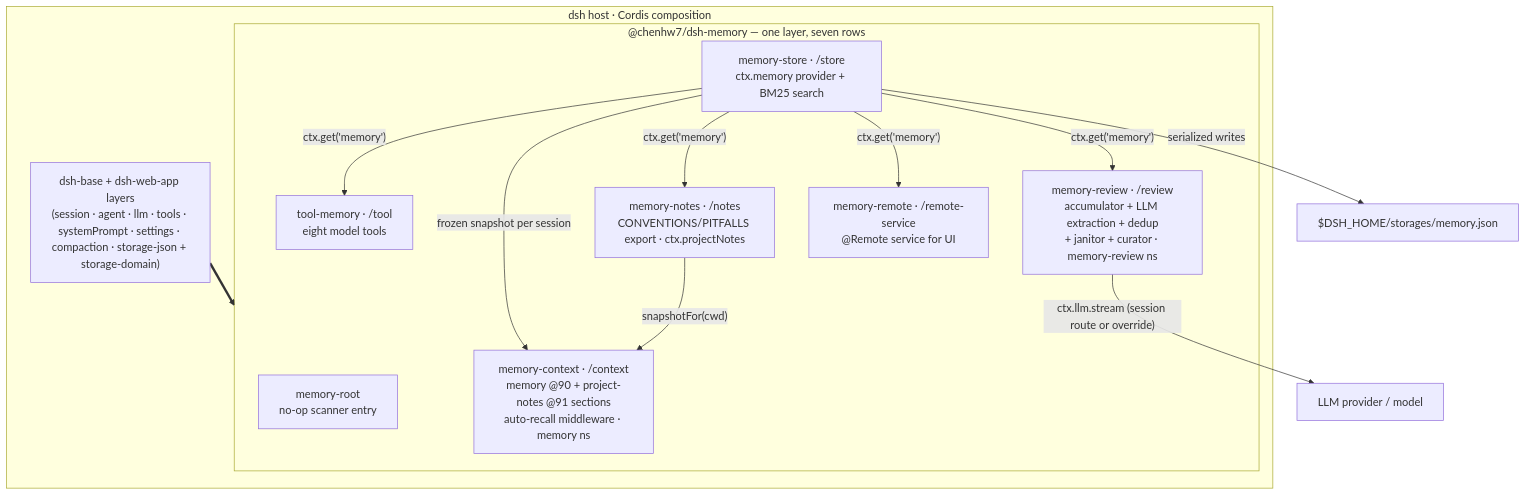
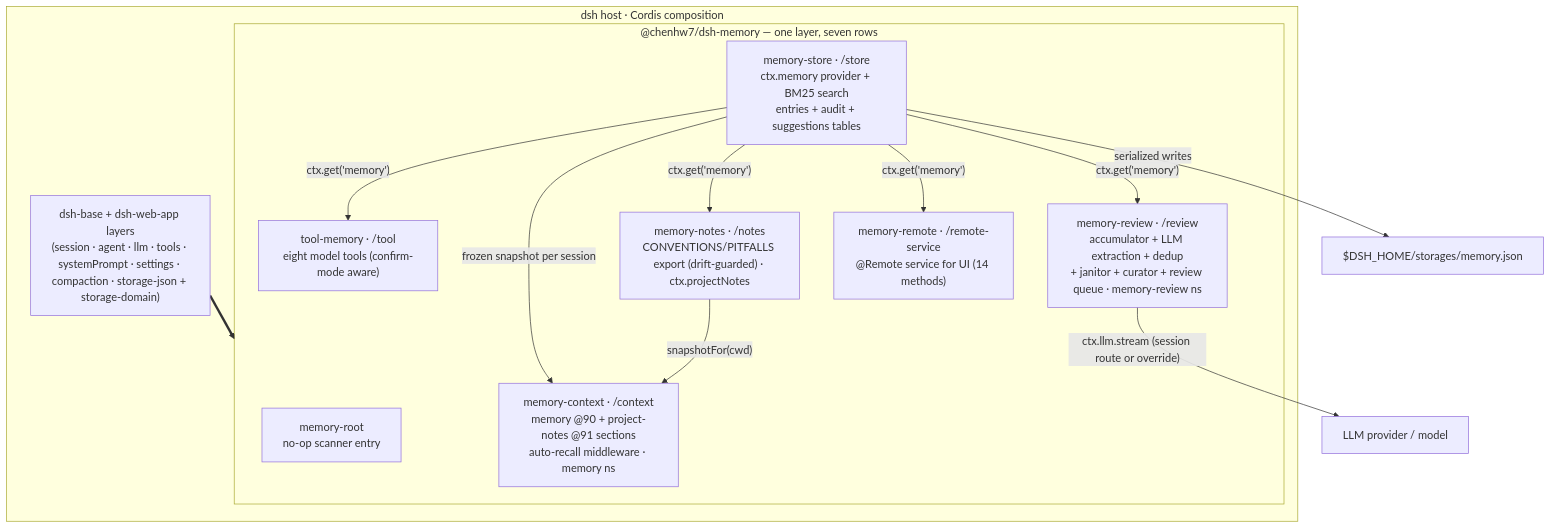
Before and after one commit to chenhw7/dsh-memory: the first of 3 diagrams in docs/TECH_DESIGN.md, drawn with Mermaid. The commit also changed other lines of this file and 2 other files, not shown here.

First line of the commit message:
docs: sync README / TECH_DESIGN / SEQUENCE_DIAGRAMS with the v0.5.0 implementation

````diff
--- a/docs/TECH_DESIGN.md
+++ b/docs/TECH_DESIGN.md
@@ -100,24 +102,24 @@
 ```mermaid
 flowchart TB
   subgraph host["dsh host · Cordis composition"]
     base["dsh-base + dsh-web-app layers<br/>(session · agent · llm · tools · systemPrompt · settings · compaction · storage-json + storage-domain)"]
     subgraph bundle["@chenhw7/dsh-memory — one layer, seven rows"]
       root["memory-root<br/>no-op scanner entry"]
-      store["memory-store · /store<br/>ctx.memory provider + BM25 search"]
-      tool["tool-memory · /tool<br/>eight model tools"]
-      review["memory-review · /review<br/>accumulator + LLM extraction + dedup<br/>+ janitor + curator · memory-review ns"]
-      notes["memory-notes · /notes<br/>CONVENTIONS/PITFALLS export · ctx.projectNotes"]
+      store["memory-store · /store<br/>ctx.memory provider + BM25 search<br/>entries + audit + suggestions tables"]
+      tool["tool-memory · /tool<br/>eight model tools (confirm-mode aware)"]
+      review["memory-review · /review<br/>accumulator + LLM extraction + dedup<br/>+ janitor + curator + review queue · memory-review ns"]
+      notes["memory-notes · /notes<br/>CONVENTIONS/PITFALLS export (drift-guarded) · ctx.projectNotes"]
       context["memory-context · /context<br/>memory @90 + project-notes @91 sections<br/>auto-recall middleware · memory ns"]
-      remote["memory-remote · /remote-service<br/>@Remote service for UI"]
+      remote["memory-remote · /remote-service<br/>@Remote service for UI (14 methods)"]
     end
   end
   base ==> bundle
   store -- "ctx.get('memory')" --> tool
   store -- "ctx.get('memory')" --> review
   store -- "frozen snapshot per session" --> context
   store -- "ctx.get('memory')" --> notes
   store -- "ctx.get('memory')" --> remote
   review -- "ctx.llm.stream (session route or override)" --> llm["LLM provider / model"]
   notes -- "snapshotFor(cwd)" --> context
   store -- "serialized writes" --> json["$DSH_HOME/storages/memory.json"]
 ```
````
